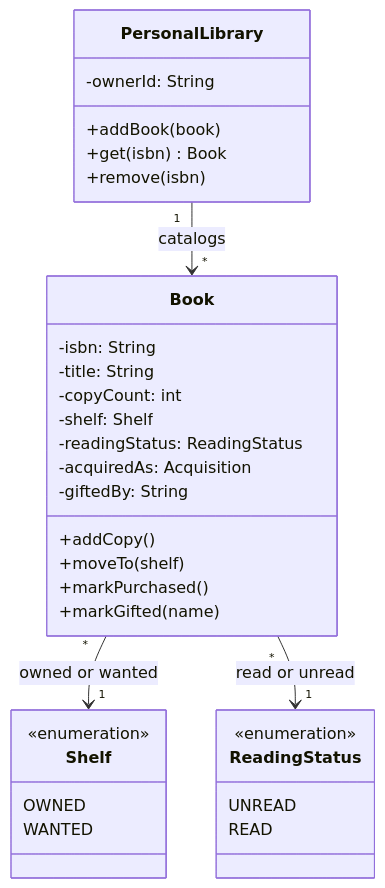
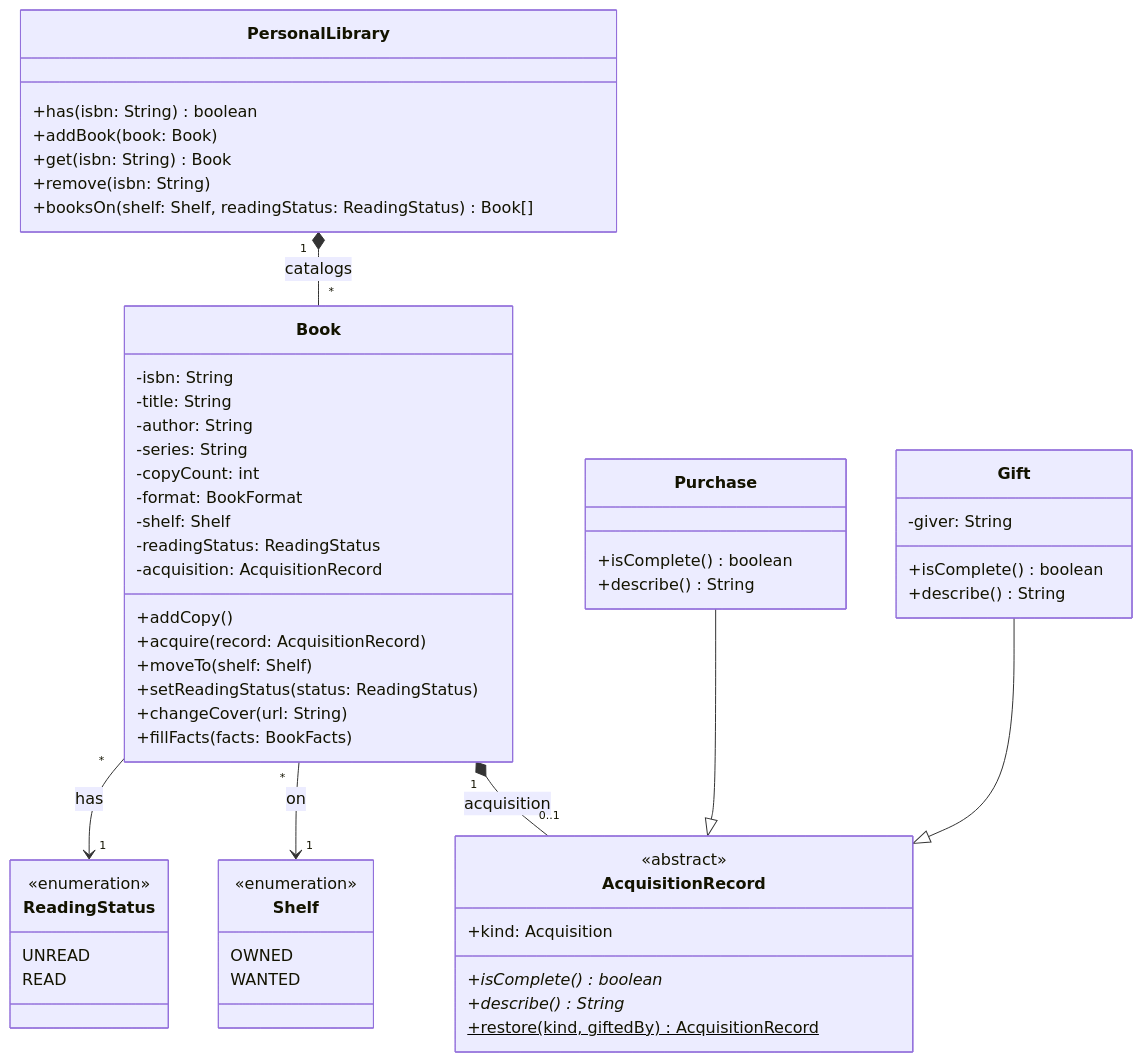
The fourth of 6 diagrams in README.md (ghechavarria/cen5064-project-hechavarria), drawn with Mermaid before and after one commit. The commit also changed other lines of this file and 207 other files, not shown here.

````diff
--- a/README.md
+++ b/README.md
@@ -67,35 +113,59 @@
 ```mermaid
 classDiagram
     class PersonalLibrary {
-        -ownerId: String
-        +addBook(book)
-        +get(isbn) Book
-        +remove(isbn)
+        +has(isbn: String) boolean
+        +addBook(book: Book)
+        +get(isbn: String) Book
+        +remove(isbn: String)
+        +booksOn(shelf: Shelf, readingStatus: ReadingStatus) Book[]
     }
     class Book {
         -isbn: String
         -title: String
+        -author: String
+        -series: String
         -copyCount: int
+        -format: BookFormat
         -shelf: Shelf
         -readingStatus: ReadingStatus
-        -acquiredAs: Acquisition
-        -giftedBy: String
+        -acquisition: AcquisitionRecord
         +addCopy()
-        +moveTo(shelf)
-        +markPurchased()
-        +markGifted(name)
+        +acquire(record: AcquisitionRecord)
+        +moveTo(shelf: Shelf)
+        +setReadingStatus(status: ReadingStatus)
+        +changeCover(url: String)
+        +fillFacts(facts: BookFacts)
+    }
+    class AcquisitionRecord {
+        <<abstract>>
+        +kind: Acquisition
+        +isComplete()* boolean
+        +describe()* String
+        +restore(kind, giftedBy)$ AcquisitionRecord
+    }
+    class Purchase {
+        +isComplete() boolean
+        +describe() String
+    }
+    class Gift {
+        -giver: String
+        +isComplete() boolean
+        +describe() String
     }
     class Shelf {
         <<enumeration>>
         OWNED
         WANTED
     }
     class ReadingStatus {
         <<enumeration>>
         UNREAD
         READ
     }
-    PersonalLibrary "1" --> "*" Book : catalogs
-    Book "*" --> "1" Shelf : owned or wanted
-    Book "*" --> "1" ReadingStatus : read or unread
+    PersonalLibrary "1" *-- "*" Book : catalogs
+    Book "1" *-- "0..1" AcquisitionRecord : acquisition
+    Purchase --|> AcquisitionRecord
+    Gift --|> AcquisitionRecord
+    Book "*" --> "1" Shelf : on
+    Book "*" --> "1" ReadingStatus : has
 ```
````
